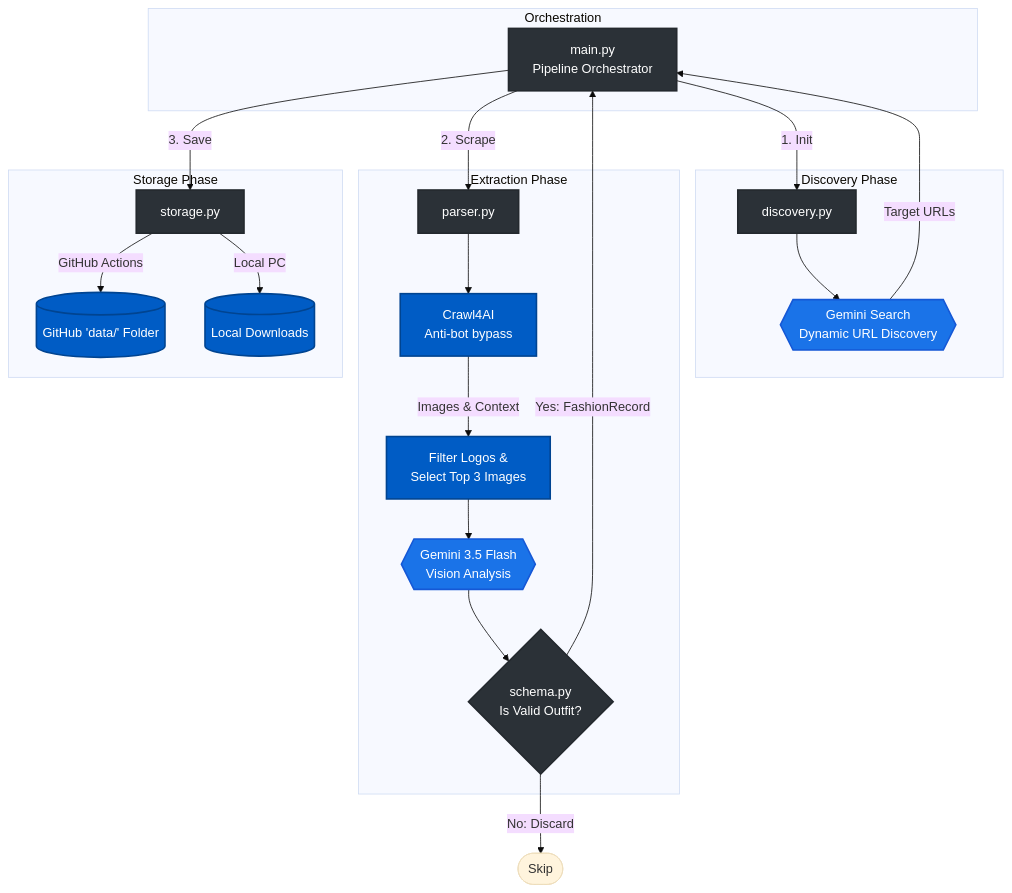
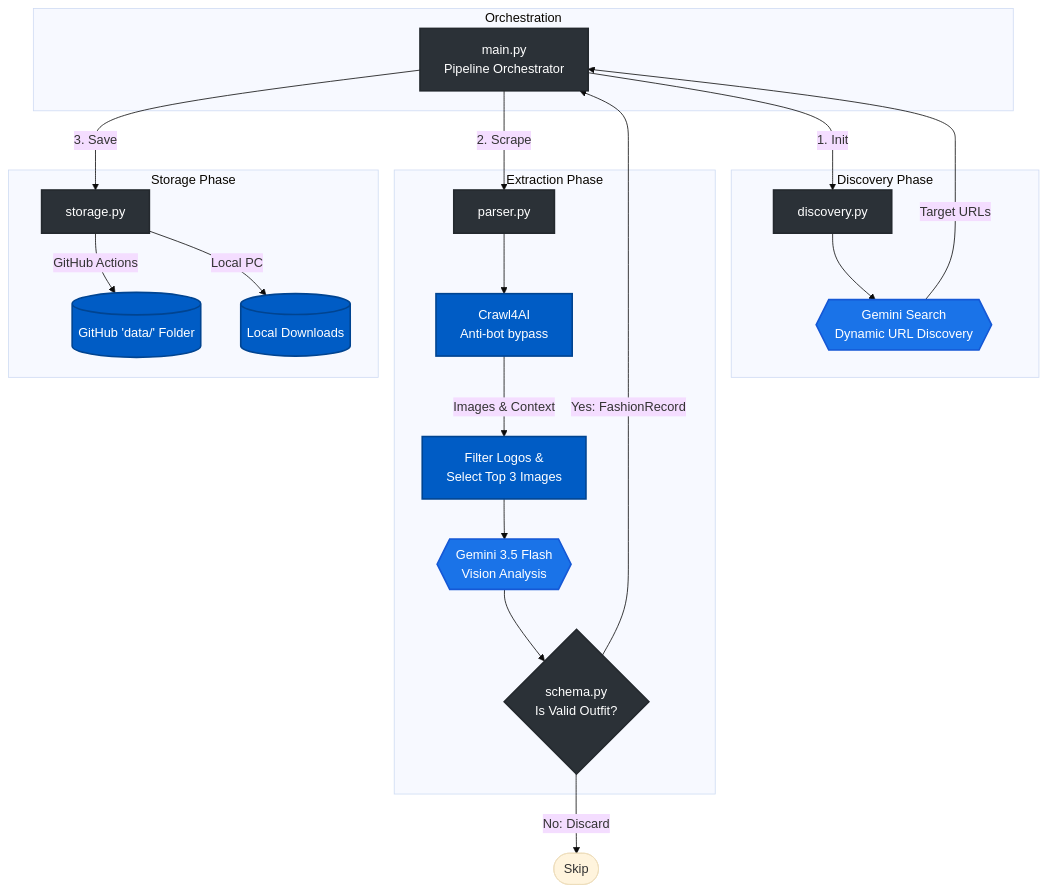
Before and after one commit to kleinnconrad/style_dataset: the diagram in README.md, drawn with Mermaid (base theme).

Commit message:
fix: sequential order of the mermaid diagram

````diff
--- a/README.md
+++ b/README.md
@@ -55,51 +55,57 @@
 ```mermaid
 flowchart TD
     subgraph Orchestration
         Main[main.py<br>Pipeline Orchestrator]
     end
 
     subgraph Discovery Phase
         Disc[discovery.py]
         GemSearch{{Gemini Search<br>Dynamic URL Discovery}}
     end
 
     subgraph Extraction Phase
         Parse[parser.py]
         Crawl[Crawl4AI<br>Anti-bot bypass]
         Filter[Filter Logos &<br>Select Top 3 Images]
         Vision{{Gemini 3.5 Flash<br>Vision Analysis}}
         Schema{schema.py<br>Is Valid Outfit?}
     end
 
     subgraph Storage Phase
         Store[storage.py]
         Git[(GitHub 'data/' Folder)]
         Local[(Local Downloads)]
     end
 
-    %% Define main branches in reverse order to force Dagre to render them left-to-right (1, 2, 3)
+    %% Define main branches 1, 2, 3
+    Main -->|1. Init| Disc
+    Main -->|2. Scrape| Parse
     Main -->|3. Save| Store
-    Main -->|2. Scrape| Parse
-    Main -->|1. Init| Disc
-
-    Store -->|GitHub Actions| Git
-    Store -->|Local PC| Local
+    
+    Disc --> GemSearch
     
     Parse --> Crawl
     Crawl -->|Images & Context| Filter
     Filter --> Vision
     Vision --> Schema
     Schema -->|No: Discard| Discard([Skip])
 
-    Disc --> GemSearch
+    Store -->|GitHub Actions| Git
+    Store -->|Local PC| Local
+
+    %% Back edges for Discovery and Extraction
     GemSearch -->|Target URLs| Main
     Schema -->|Yes: FashionRecord| Main
+
+    %% Invisible back edges for Storage to balance Dagre's cycle resolution
+    Git ~~~ Main
+    Local ~~~ Main
 
     classDef script fill:#2b3137,stroke:#24292e,stroke-width:2px,color:#fff;
     classDef model fill:#1a73e8,stroke:#1558d6,stroke-width:2px,color:#fff;
     classDef logic fill:#005cc5,stroke:#004491,stroke-width:2px,color:#fff;
     
     class Main,Disc,Parse,Store,Schema script;
     class GemSearch,Vision model;
     class Crawl,Filter,Git,Local logic;
 ```
````
